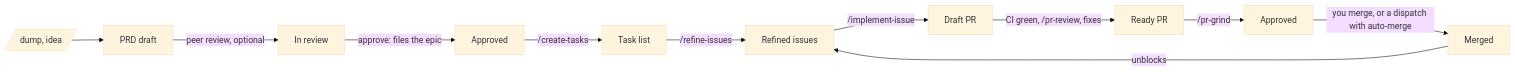
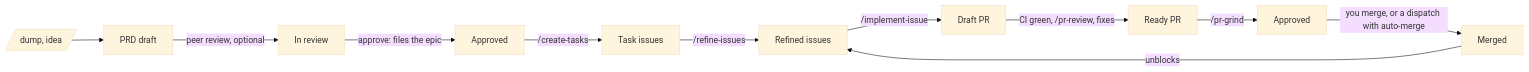
Before and after one commit to masnun-siam/ai-workflow: the diagram in docs/HOW-IT-WORKS.md, drawn with Mermaid (base theme). The commit also changed other lines of this file and 4 other files, not shown here.

Commit message:
docs(#734): drop the Task list term; tasks are child issues

````diff
--- a/docs/HOW-IT-WORKS.md
+++ b/docs/HOW-IT-WORKS.md
@@ -9,13 +9,13 @@
 ```mermaid
 flowchart LR
     X[/dump, idea/] --> A[PRD draft]
     A -->|peer review, optional| B[In review]
     B -->|approve: files the epic| C[Approved]
-    C -->|/create-tasks| D[Task list]
+    C -->|/create-tasks| D[Task issues]
     D -->|/refine-issues| E[Refined issues]
     E -->|/implement-issue| F[Draft PR]
     F -->|CI green, /pr-review, fixes| G[Ready PR]
     G -->|/pr-grind| H[Approved]
     H -->|you merge, or a dispatch with auto-merge| I[Merged]
     I -->|unblocks| E
 ```
````
